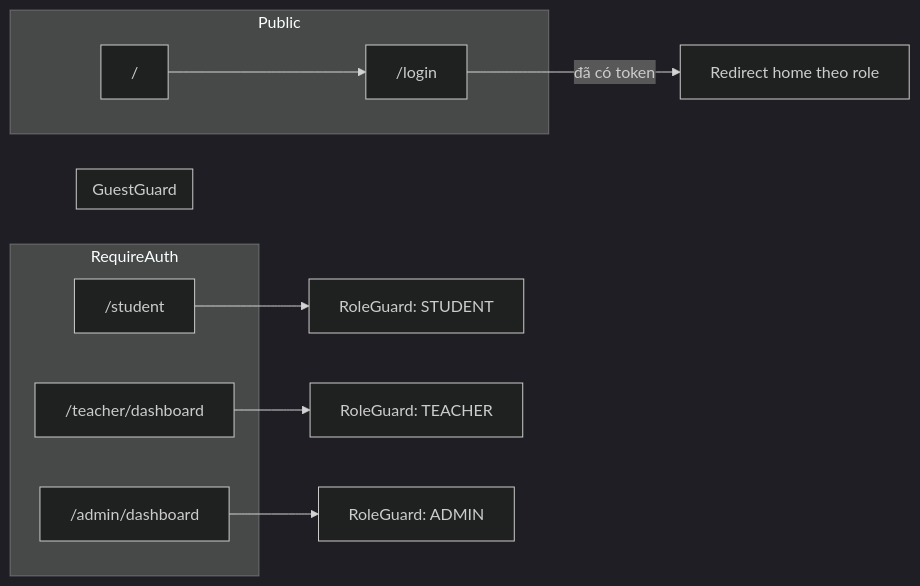
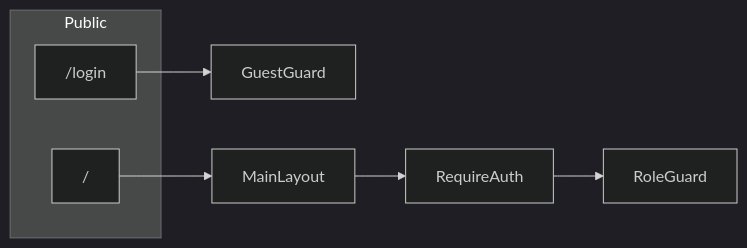
Before and after one commit to DarkEmperor16/GROUP_PROJECT_OJT: the second of 2 diagrams in FE/TEAM-HANDOFF.md, drawn with Mermaid (dark theme). The commit also changed other lines of this file and 1 other file, not shown here.

````diff
--- a/FE/TEAM-HANDOFF.md
+++ b/FE/TEAM-HANDOFF.md
@@ -78,23 +58,12 @@
 ```mermaid
 flowchart LR
     subgraph Public
         Home["/"]
         Login["/login"]
     end
 
-    subgraph GuestGuard
-        Login
-    end
-
-    subgraph RequireAuth
-        Student["/student"]
-        Teacher["/teacher/dashboard"]
-        Admin["/admin/dashboard"]
-    end
-
-    Login -->|đã có token| RoleRedirect[Redirect home theo role]
-    Home --> Login
-    Student --> RoleGuard1[RoleGuard: STUDENT]
-    Teacher --> RoleGuard2[RoleGuard: TEACHER]
-    Admin --> RoleGuard3[RoleGuard: ADMIN]
+    Login --> GuestGuard
+    Home --> MainLayout
+    MainLayout --> RequireAuth
+    RequireAuth --> RoleGuard
 ```
````
